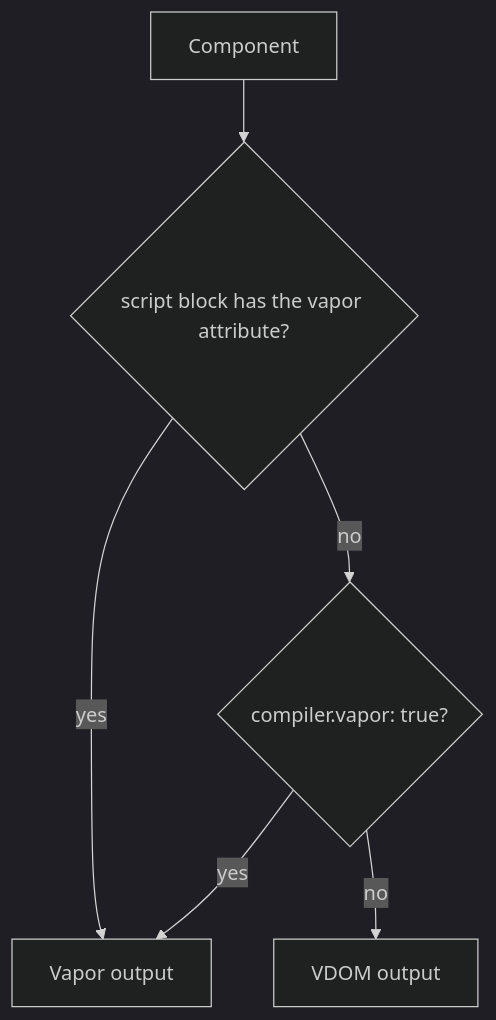
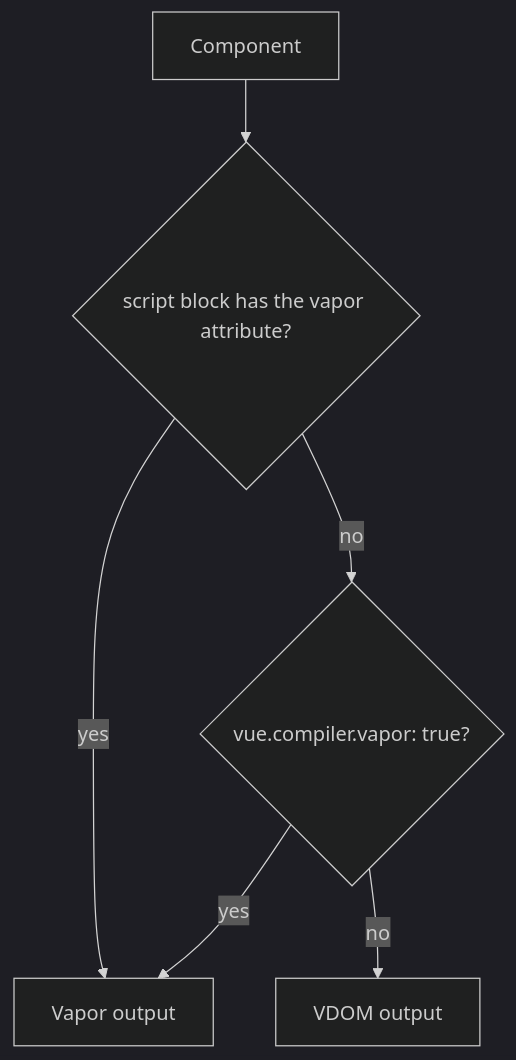
Before and after one commit to ubugeeei-prod/vize: the diagram in docs/content/guide/vapor.md, drawn with Mermaid (dark theme). The commit also changed other lines of this file and 3 other files, not shown here.

First line of the commit message:
docs(guide): use the vue section in type checking and Vapor examples

````diff
--- a/docs/content/guide/vapor.md
+++ b/docs/content/guide/vapor.md
@@ -18,8 +18,8 @@
 ```mermaid
 flowchart TD
   A["Component"] --> B{"script block has the vapor attribute?"}
   B -- yes --> V["Vapor output"]
-  B -- no --> C{"compiler.vapor: true?"}
+  B -- no --> C{"vue.compiler.vapor: true?"}
   C -- yes --> V
   C -- no --> D["VDOM output"]
 ```
````
